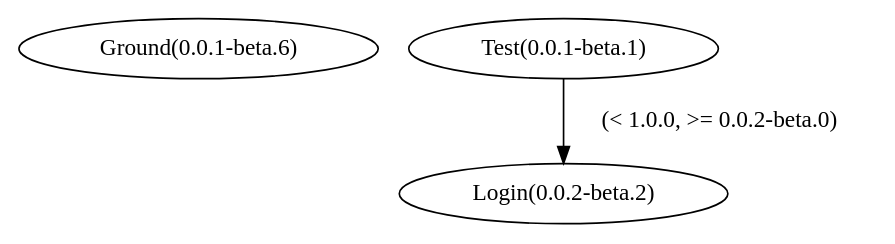
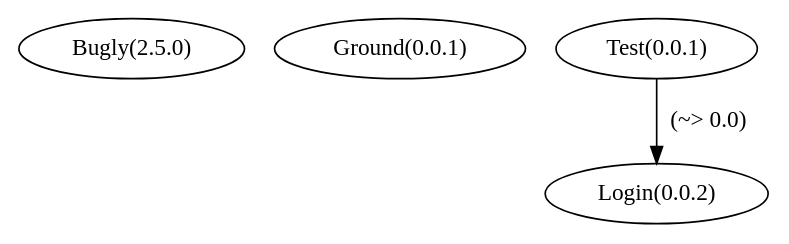
Before and after one commit to axe-org/demo-app: the diagram in axe/dependency.dot, drawn with Graphviz. The commit also changed 6 other files, not shown here.

```diff
--- a/axe/dependency.dot
+++ b/axe/dependency.dot
@@ -1,6 +1,7 @@
 digraph G {
-  "Ground(0.0.1-beta.6)";
-  "Login(0.0.2-beta.2)";
-  "Test(0.0.1-beta.1)";
-  "Test(0.0.1-beta.1)" -> "Login(0.0.2-beta.2)" [ label = "(< 1.0.0, >= 0.0.2-beta.0)" ];
+  "Bugly(2.5.0)";
+  "Ground(0.0.1)";
+  "Login(0.0.2)";
+  "Test(0.0.1)";
+  "Test(0.0.1)" -> "Login(0.0.2)" [ label = "(~> 0.0)" ];
 }
```
